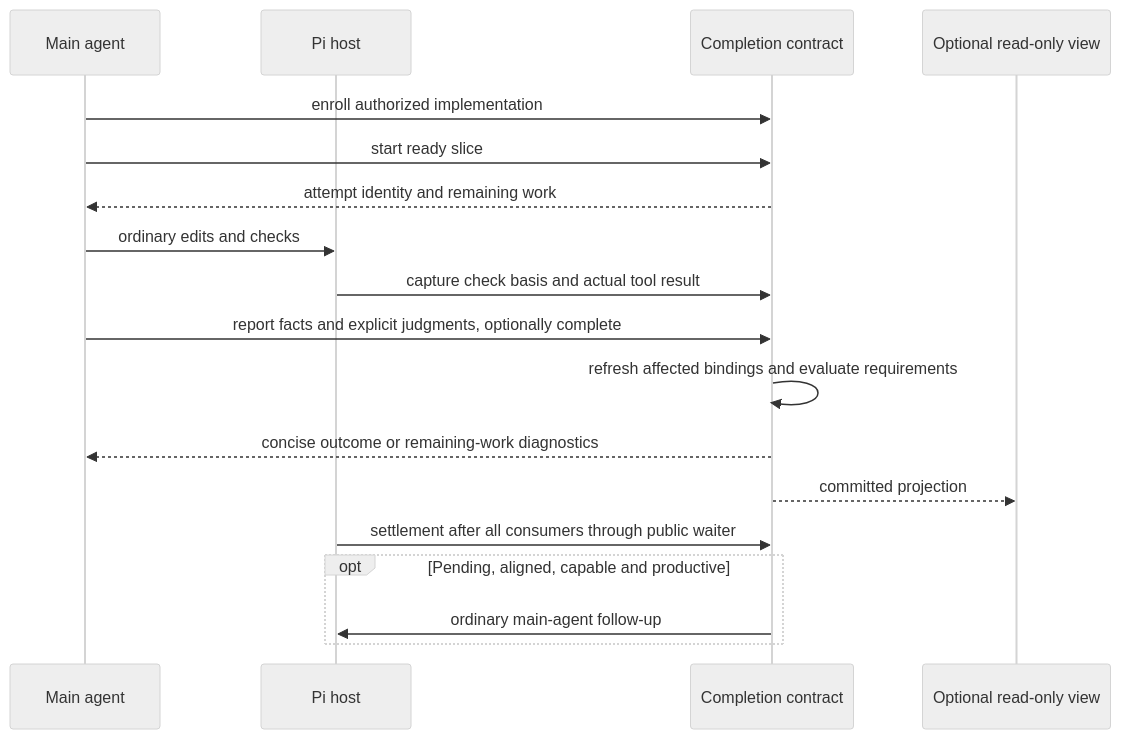
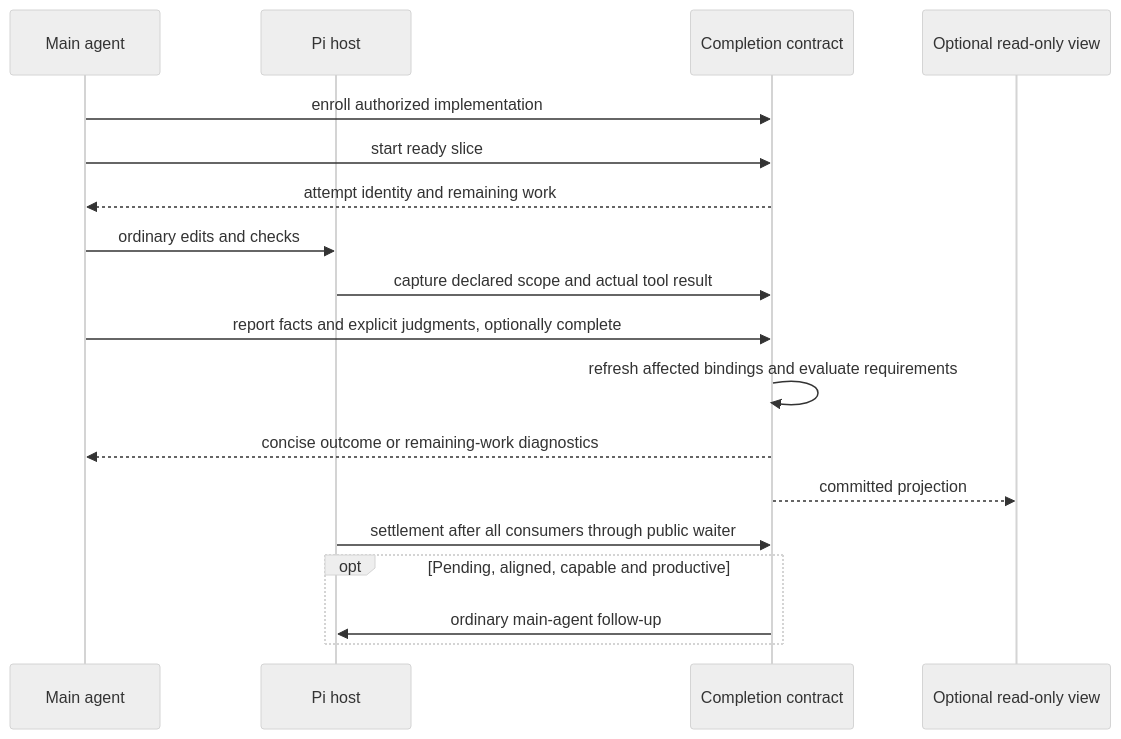
One commit to CsHeng/pi-extensions changed the first of 2 diagrams in docs/architecture/workflow.md. Above: the diagram before and after it, drawn with Mermaid (neutral theme). The commit also changed other lines of this file and 73 other files, not shown here.

````diff
--- a/docs/architecture/workflow.md
+++ b/docs/architecture/workflow.md
@@ -30,20 +30,20 @@
 ```mermaid
 sequenceDiagram
     participant M as Main agent
     participant P as Pi host
     participant W as Completion contract
     participant V as Optional read-only view
     M->>W: enroll authorized implementation
     M->>W: start ready slice
     W-->>M: attempt identity and remaining work
     M->>P: ordinary edits and checks
-    P->>W: capture check basis and actual tool result
+    P->>W: capture declared scope and actual tool result
     M->>W: report facts and explicit judgments, optionally complete
     W->>W: refresh affected bindings and evaluate requirements
     W-->>M: concise outcome or remaining-work diagnostics
     W-->>V: committed projection
     P->>W: settlement after all consumers through public waiter
     opt Pending, aligned, capable and productive
         W->>P: ordinary main-agent follow-up
     end
 ```
````
